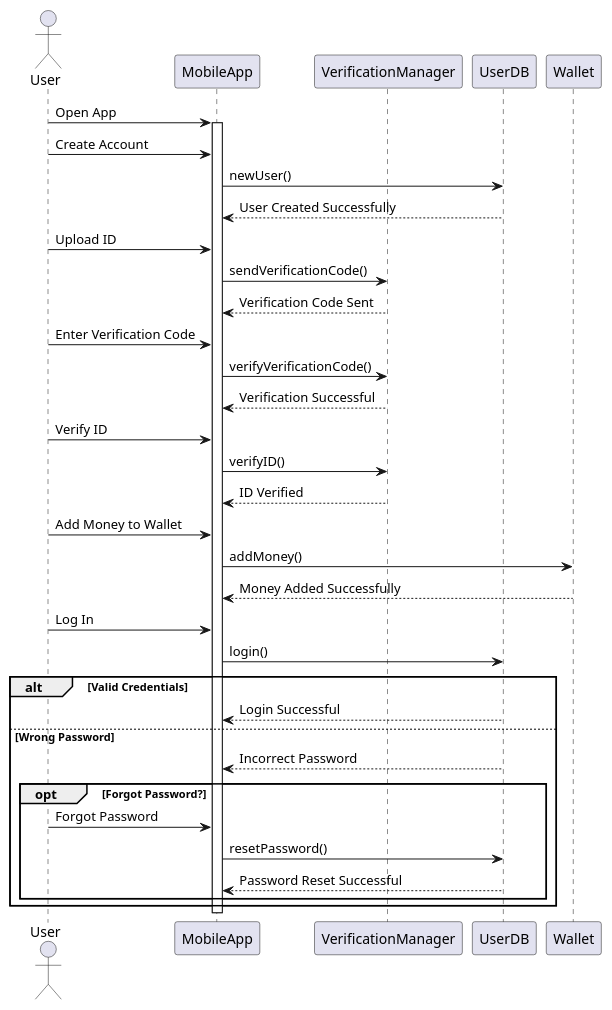
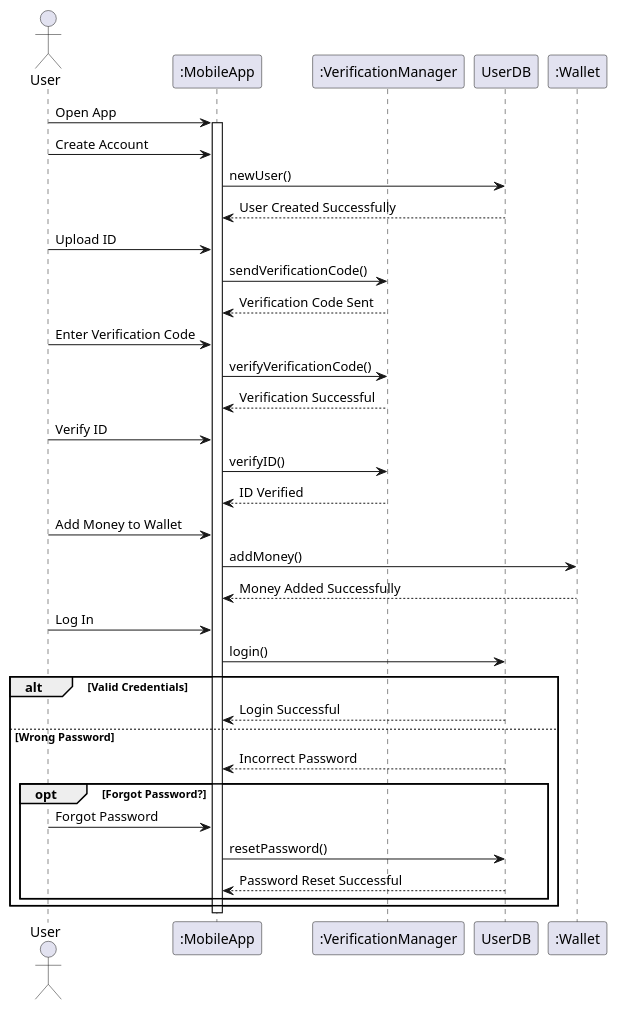
Before and after one commit to ROHIT32767/Smart-Vehicle-Booking-System: the diagram in A1-Sequence-Verification.puml, drawn with PlantUML. The commit also changed 9 other files, not shown here.

Commit message:
Add sequence diagrams for support and verification

```diff
--- a/A1-Sequence-Verification.puml
+++ b/A1-Sequence-Verification.puml
@@ -1,47 +1,47 @@
 @startuml
 
 actor User
-participant MobileApp
-participant VerificationManager
+participant ":MobileApp"
+participant ":VerificationManager"
 participant UserDB
-participant Wallet
+participant ":Wallet"
 
-User -> MobileApp: Open App
-activate MobileApp
+User -> ":MobileApp": Open App
+activate ":MobileApp"
 
-User -> MobileApp: Create Account
-MobileApp -> UserDB: newUser()
-UserDB --> MobileApp: User Created Successfully
+User -> ":MobileApp": Create Account
+":MobileApp" -> UserDB: newUser()
+UserDB --> ":MobileApp": User Created Successfully
 
-User -> MobileApp: Upload ID
-MobileApp -> VerificationManager: sendVerificationCode()
-VerificationManager --> MobileApp: Verification Code Sent
+User -> ":MobileApp": Upload ID
+":MobileApp" -> ":VerificationManager": sendVerificationCode()
+":VerificationManager" --> ":MobileApp": Verification Code Sent
 
-User -> MobileApp: Enter Verification Code
-MobileApp -> VerificationManager: verifyVerificationCode()
-VerificationManager --> MobileApp: Verification Successful
+User -> ":MobileApp": Enter Verification Code
+":MobileApp" -> ":VerificationManager": verifyVerificationCode()
+":VerificationManager" --> ":MobileApp": Verification Successful
 
-User -> MobileApp: Verify ID
-MobileApp -> VerificationManager: verifyID()
-VerificationManager --> MobileApp: ID Verified
+User -> ":MobileApp": Verify ID
+":MobileApp" -> ":VerificationManager": verifyID()
+":VerificationManager" --> ":MobileApp": ID Verified
 
-User -> MobileApp: Add Money to Wallet
-MobileApp -> Wallet: addMoney()
-Wallet --> MobileApp: Money Added Successfully
+User -> ":MobileApp": Add Money to Wallet
+":MobileApp" -> ":Wallet": addMoney()
+":Wallet" --> ":MobileApp": Money Added Successfully
 
-User -> MobileApp: Log In
-MobileApp -> UserDB: login()
+User -> ":MobileApp": Log In
+":MobileApp" -> UserDB: login()
 alt Valid Credentials
-    UserDB --> MobileApp: Login Successful
+    UserDB --> ":MobileApp": Login Successful
 else Wrong Password
-    UserDB --> MobileApp: Incorrect Password
+    UserDB --> ":MobileApp": Incorrect Password
     opt Forgot Password?
-        User -> MobileApp: Forgot Password
-        MobileApp -> UserDB: resetPassword()
-        UserDB --> MobileApp: Password Reset Successful
+        User -> ":MobileApp": Forgot Password
+        ":MobileApp" -> UserDB: resetPassword()
+        UserDB --> ":MobileApp": Password Reset Successful
     end
 end
 
-deactivate MobileApp
+deactivate ":MobileApp"
 
 @enduml
```
